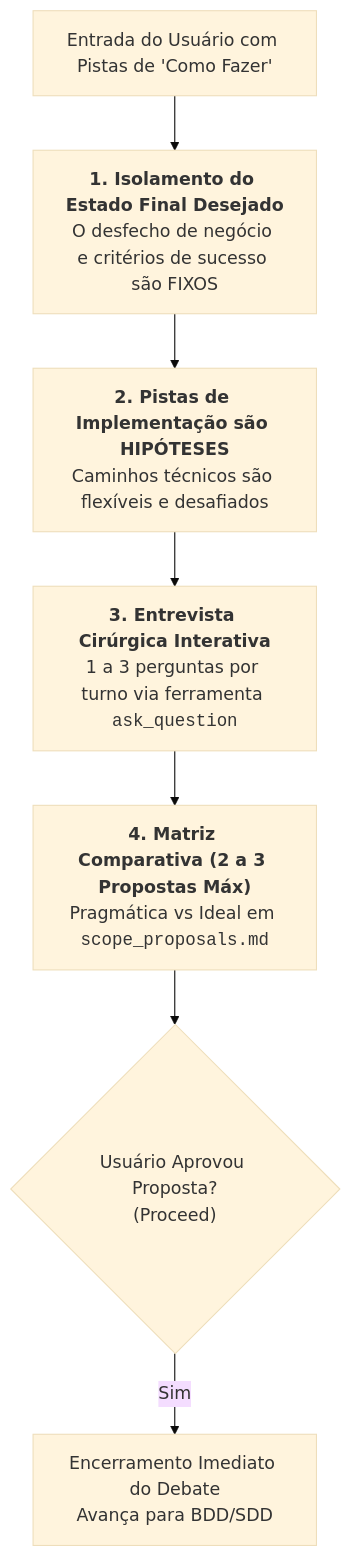
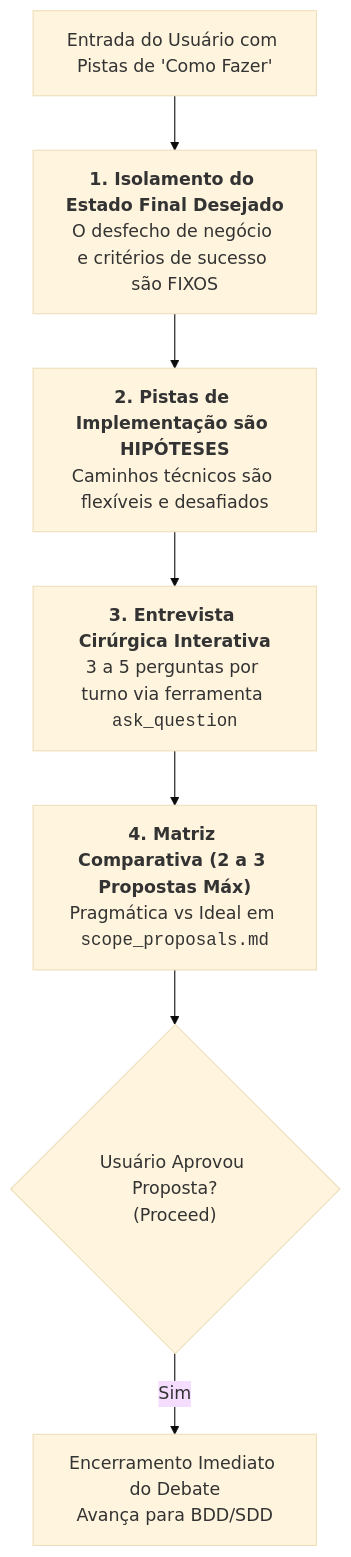
The diagram in docs/skills/plan-debate.md (MarcosVeniciu/antigravity-agentic-workflows), drawn with Mermaid (base theme) before and after one commit. The commit also changed other lines of this file and 7 other files, not shown here.

Commit message:
feat: formalize architectural workflows for decomposition and planning with comprehensive documentation and questioning protocols.

````diff
--- a/docs/skills/plan-debate.md
+++ b/docs/skills/plan-debate.md
@@ -9,9 +9,9 @@
 ```mermaid
 flowchart TD
     User["Entrada do Usuário com Pistas de 'Como Fazer'"] --> Iso["<b>1. Isolamento do Estado Final Desejado</b><br/>O desfecho de negócio e critérios de sucesso são FIXOS"]
     Iso --> Hyp["<b>2. Pistas de Implementação são HIPÓTESES</b><br/>Caminhos técnicos são flexíveis e desafiados"]
-    Hyp --> Q["<b>3. Entrevista Cirúrgica Interativa</b><br/>1 a 3 perguntas por turno via ferramenta <code>ask_question</code>"]
+    Hyp --> Q["<b>3. Entrevista Cirúrgica Interativa</b><br/>3 a 5 perguntas por turno via ferramenta <code>ask_question</code>"]
     Q --> Prop["<b>4. Matriz Comparativa (2 a 3 Propostas Máx)</b><br/>Pragmática vs Ideal em <code>scope_proposals.md</code>"]
     Prop --> Appr{"Usuário Aprovou Proposta?<br/>(Proceed)"}
     Appr --"Sim"--> Exit["Encerramento Imediato do Debate<br/>Avança para BDD/SDD"]
 ```
````
